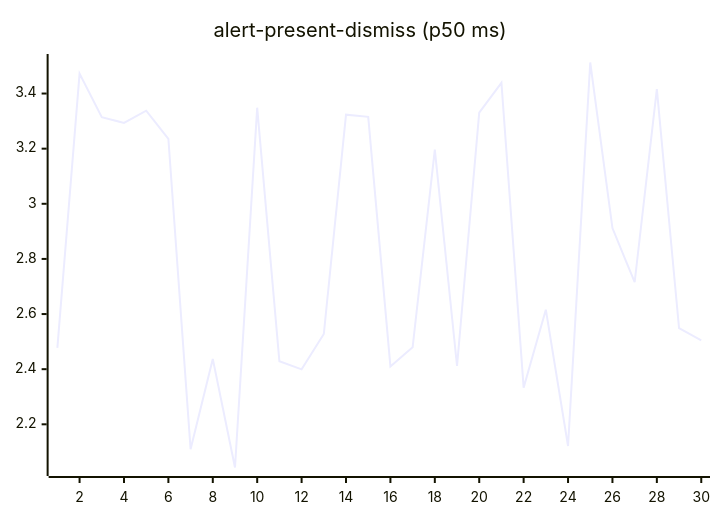
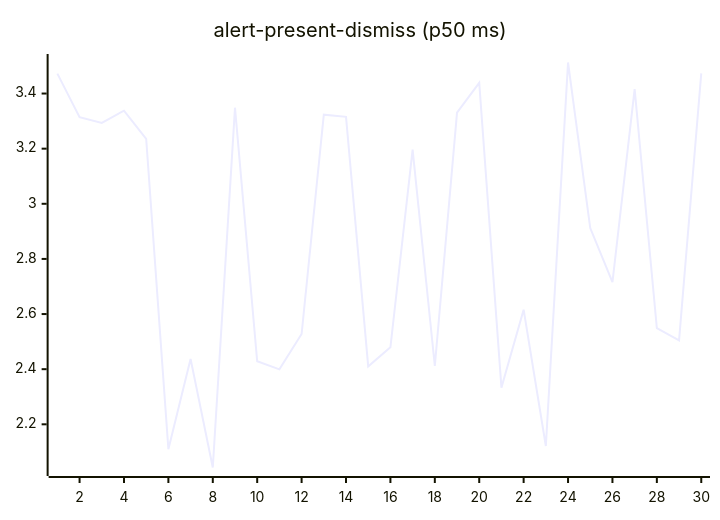
The second of 27 diagrams in README.md (josha/Facet), drawn with Mermaid before and after one commit. The commit also changed other lines of this file and 2 other files, not shown here.

````diff
--- a/README.md
+++ b/README.md
@@ -70,6 +70,6 @@
 ```mermaid
 xychart-beta
     title "alert-present-dismiss (p50 ms)"
     x-axis 1 --> 30
-    line [2.4770, 3.4723, 3.3142, 3.2934, 3.3378, 3.2358, 2.1094, 2.4372, 2.0433, 3.3486, 2.4287, 2.3992, 2.5276, 3.3233, 3.3156, 2.4099, 2.4796, 3.1966, 2.4115, 3.3306, 3.4390, 2.3331, 2.6158, 2.1213, 3.5126, 2.9120, 2.7154, 3.4161, 2.5485, 2.5044]
+    line [3.4723, 3.3142, 3.2934, 3.3378, 3.2358, 2.1094, 2.4372, 2.0433, 3.3486, 2.4287, 2.3992, 2.5276, 3.3233, 3.3156, 2.4099, 2.4796, 3.1966, 2.4115, 3.3306, 3.4390, 2.3331, 2.6158, 2.1213, 3.5126, 2.9120, 2.7154, 3.4161, 2.5485, 2.5044, 3.4734]
 ```
````
